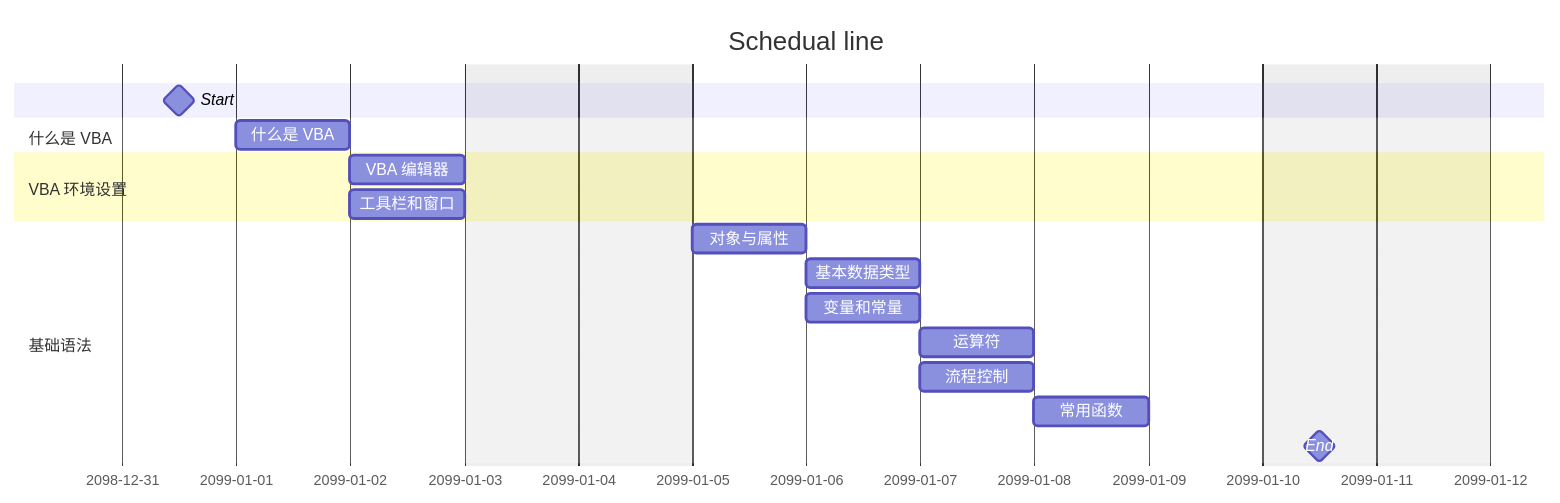
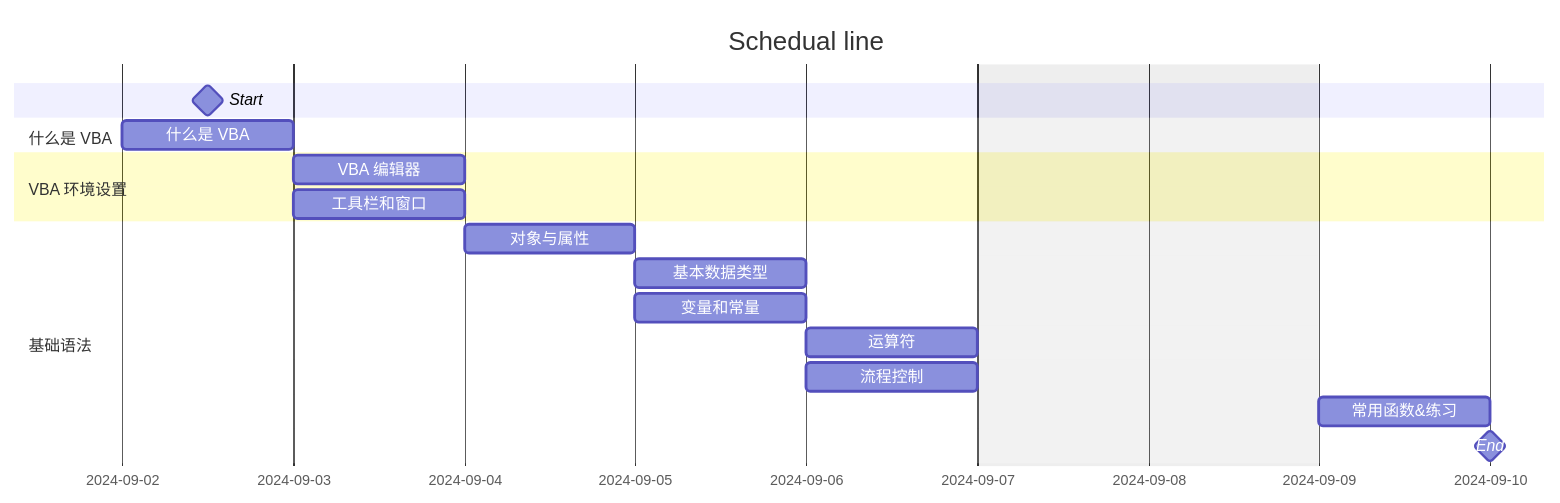
One commit to KennethLoop4/Slidev changed the second of 2 diagrams in 开课.md. Above: the diagram before and after it, drawn with Mermaid.

Commit message:
Update 开课.md
udpate open data

````diff
--- a/开课.md
+++ b/开课.md
@@ -134,25 +134,25 @@
 ```mermaid
 
 gantt
     title Schedual line
     dateFormat YYYY-MM-DD
     excludes weekends
-    Start: milestone, m1, 2098-12-31, 1d
+    Start: milestone, m1, 2024-09-02, 1d
     section 什么是 VBA
-        什么是 VBA         :a1, 2099-01-01, 1d
+        什么是 VBA         :a1, 2024-09-02, 1d
         
     section VBA 环境设置
         VBA 编辑器    :a2, after a1, 1d
         工具栏和窗口  :a2, after a1, 1d
 
     section 基础语法
         对象与属性    :a3, after a2, 1d
         基本数据类型  :a4, after a3, 1d
         变量和常量    :a5, after a3, 1d
         运算符        :a6, after a5, 1d
         流程控制      :a7, after a5, 1d
-        常用函数          :a8, after a7, 1d
+        常用函数&练习          :a8, after a7, 1d
     
-    End: milestone, m2, after a8, 1d
+    End: milestone, m2, after a8,
 
 ```
````
